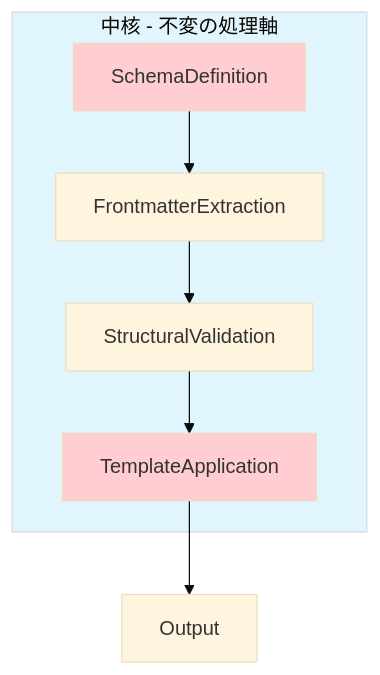
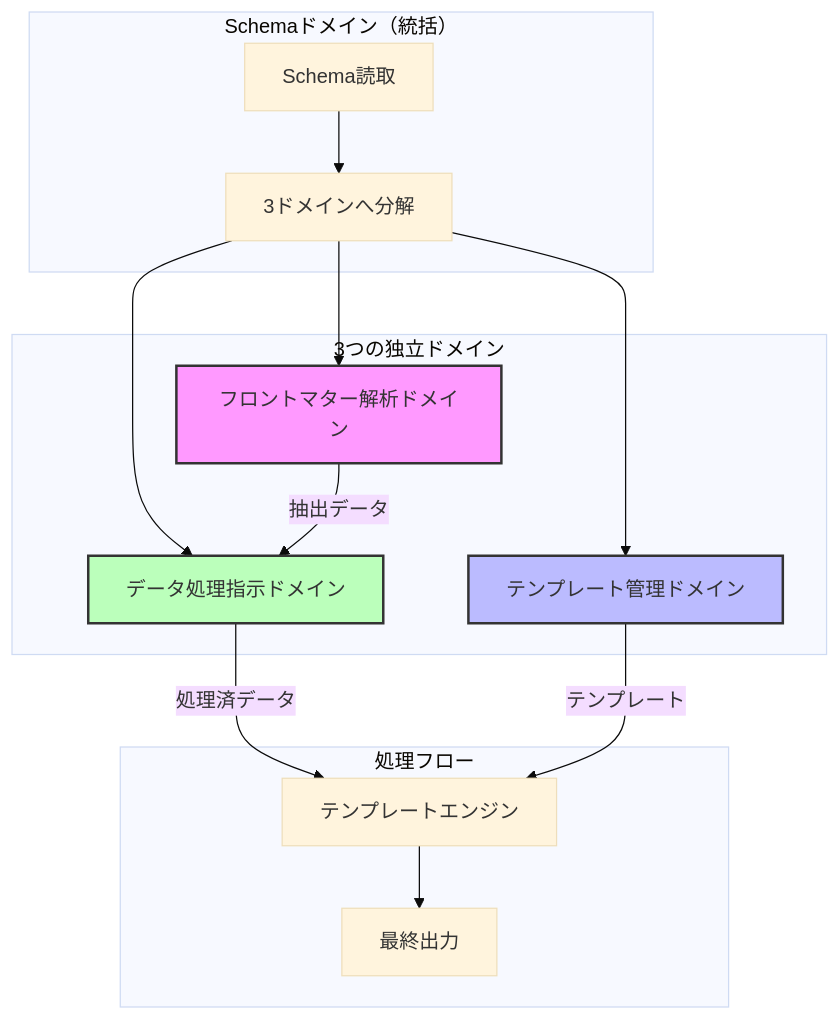
One commit to tettuan/frontmatter-to-schema changed the diagram in docs/domain/architecture.md. Above: the diagram before and after it, drawn with Mermaid (base theme). The commit also changed other lines of this file and 166 other files, not shown here.

First line of the commit message:
fix: Integrate 3-domain DDD template resolution architecture

````diff
--- a/docs/domain/architecture.md
+++ b/docs/domain/architecture.md
@@ -7,14 +11,23 @@
 ```mermaid
-graph TD
-    subgraph Core["中核 - 不変の処理軸"]
-        A[SchemaDefinition] --> B[FrontmatterExtraction]
-        B --> C[StructuralValidation]
-        C --> D[TemplateApplication]
+graph TB
+    subgraph "Schemaドメイン（統括）"
+        Schema[Schema読取] --> Decompose[3ドメインへ分解]
     end
-    
-    D --> E[Output]
-    
-    style Core fill:#e1f5fe
-    style A fill:#ffcdd2
-    style D fill:#ffcdd2
+
+    subgraph "3つの独立ドメイン"
+        Decompose --> FD[フロントマター解析ドメイン]
+        Decompose --> TD[テンプレート管理ドメイン]
+        Decompose --> DD[データ処理指示ドメイン]
+    end
+
+    subgraph "処理フロー"
+        FD -->|抽出データ| DD
+        DD -->|処理済データ| Engine[テンプレートエンジン]
+        TD -->|テンプレート| Engine
+        Engine --> Output[最終出力]
+    end
+
+    style FD fill:#f9f,stroke:#333,stroke-width:2px
+    style TD fill:#bbf,stroke:#333,stroke-width:2px
+    style DD fill:#bfb,stroke:#333,stroke-width:2px
 ```
````
